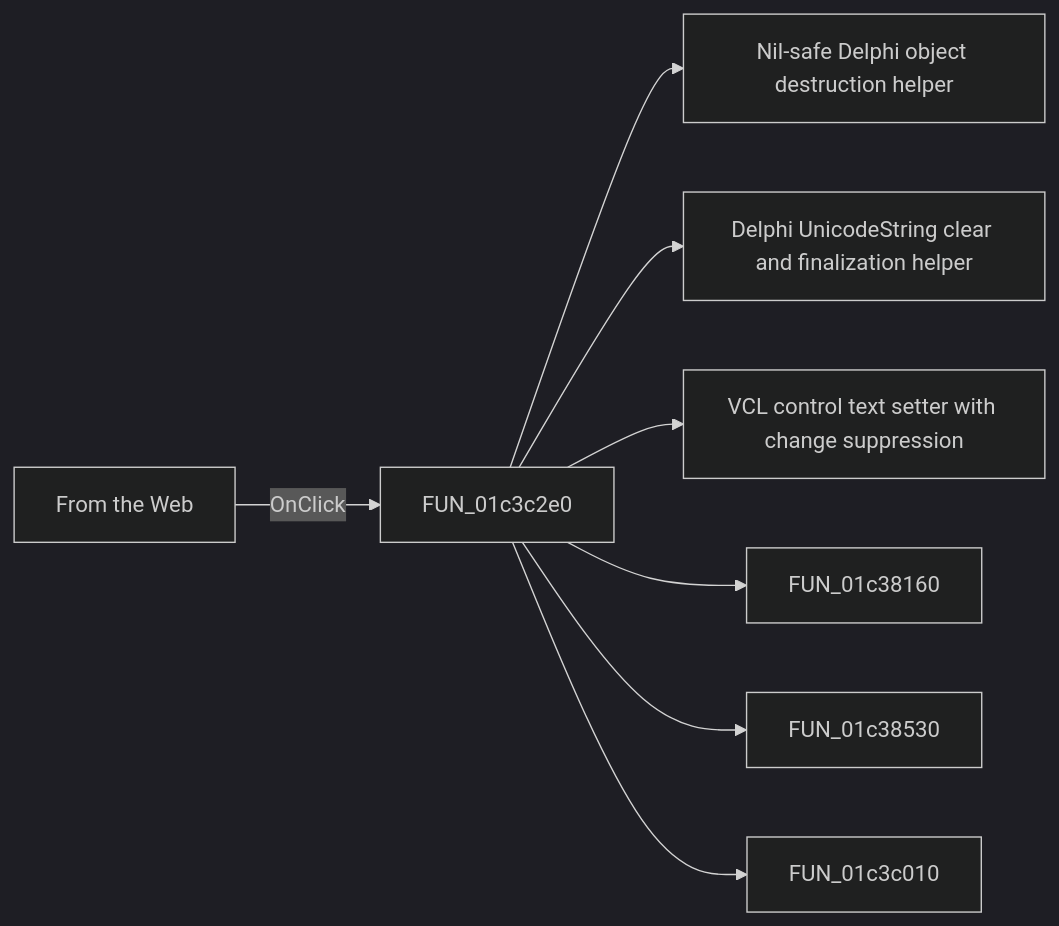
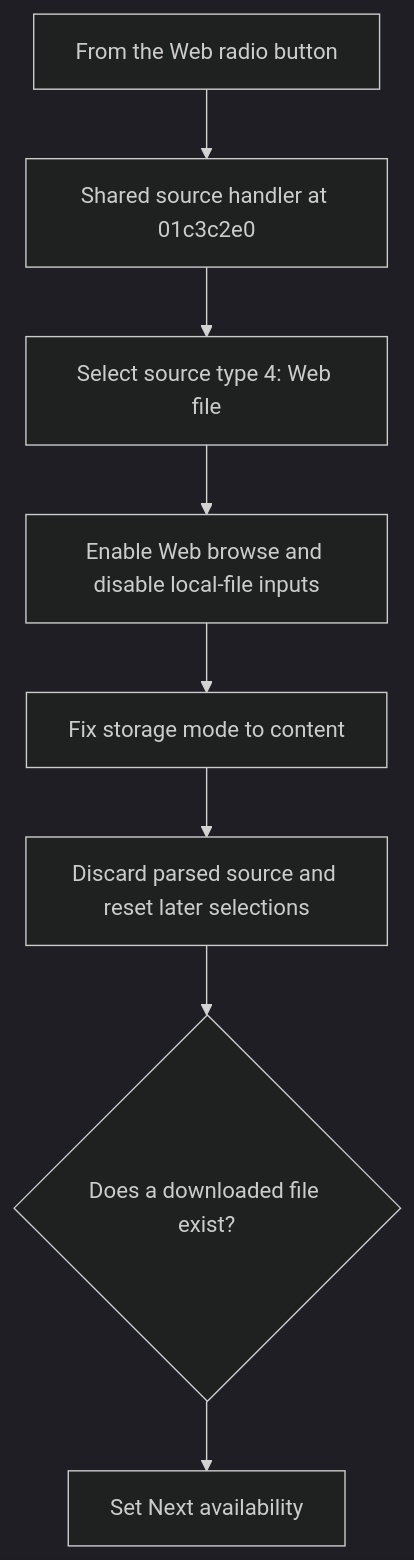
Before and after one commit to MovGP0/TIARA: the diagram in docs/ui-controls/fmacrowiz/rbfromweb-5f95fca831.md, drawn with Mermaid (dark theme). The commit also changed other lines of this file and 387 other files, not shown here.

````diff
--- a/docs/ui-controls/fmacrowiz/rbfromweb-5f95fca831.md
+++ b/docs/ui-controls/fmacrowiz/rbfromweb-5f95fca831.md
@@ -27,10 +20,10 @@
 ```mermaid
-flowchart LR
-    control["From the Web"] -->|OnClick| handler["FUN_01c3c2e0"]
-    handler --> call1["Nil-safe Delphi object destruction helper"]
-    handler --> call2["Delphi UnicodeString clear and finalization helper"]
-    handler --> call3["VCL control text setter with change suppression"]
-    handler --> call4["FUN_01c38160"]
-    handler --> call5["FUN_01c38530"]
-    handler --> call6["FUN_01c3c010"]
+flowchart TD
+    control["From the Web radio button"] --> handler["Shared source handler at 01c3c2e0"]
+    handler --> mode["Select source type 4: Web file"]
+    mode --> inputs["Enable Web browse and disable local-file inputs"]
+    inputs --> storage["Fix storage mode to content"]
+    storage --> reset["Discard parsed source and reset later selections"]
+    reset --> downloaded{"Does a downloaded file exist?"}
+    downloaded --> navigation["Set Next availability"]
 ```
````
